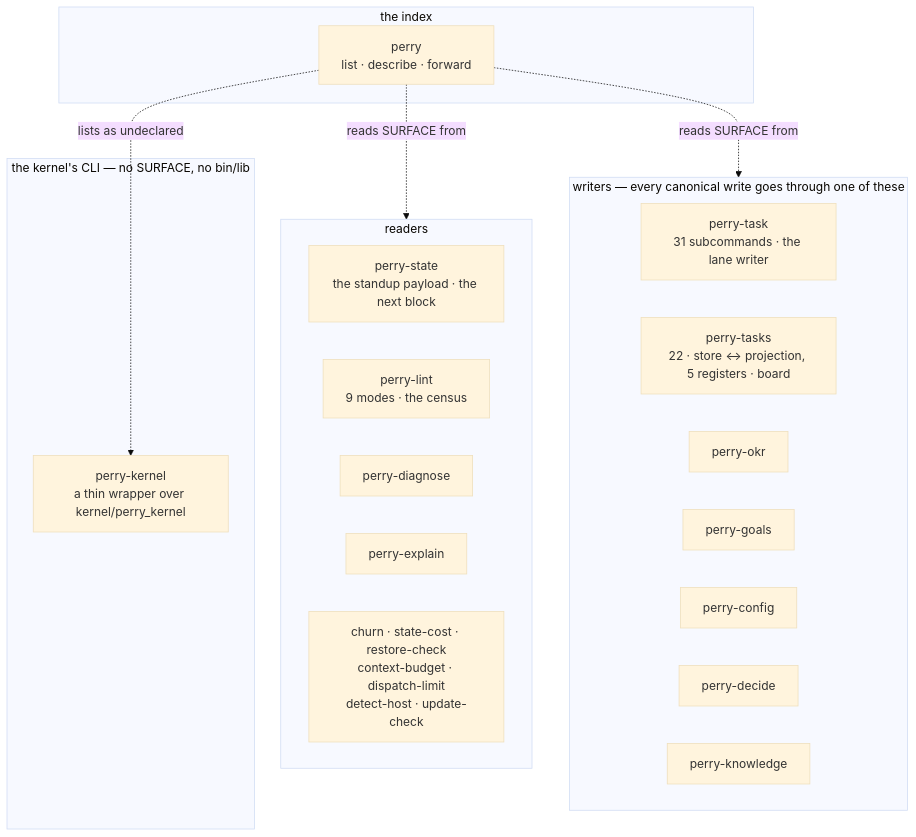
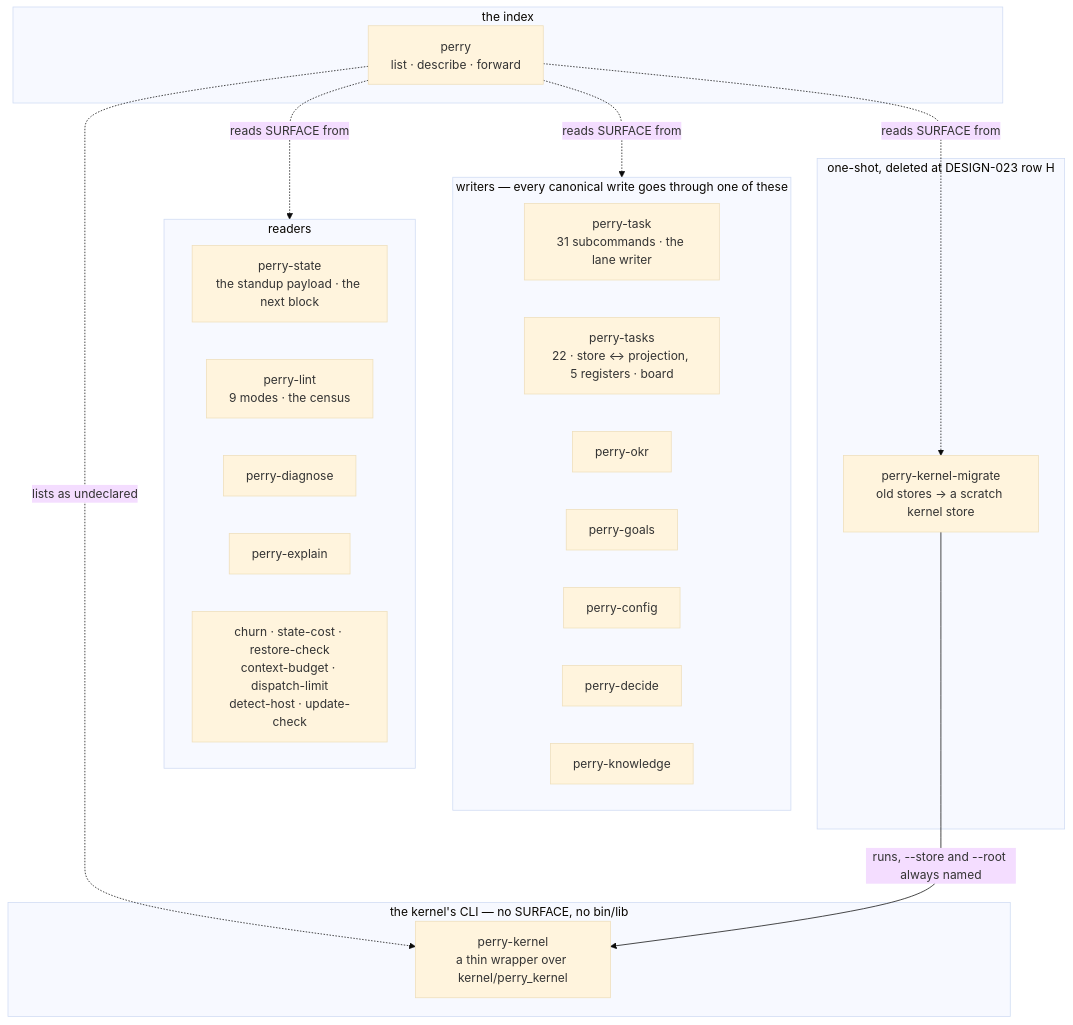
Before and after one commit to ranjiao/Perry: the first of 3 diagrams in bin/ARCHITECTURE.md, drawn with Mermaid (base theme). The commit also changed other lines of this file and 5 other files, not shown here.

First line of the commit message:
feat(bin): perry-kernel-migrate, DESIGN-023 row D's one-shot importer (TASK-489)

````diff
--- a/bin/ARCHITECTURE.md
+++ b/bin/ARCHITECTURE.md
@@ -29,28 +29,33 @@
 ```mermaid
 flowchart TD
     subgraph write["writers — every canonical write goes through one of these"]
         Task["perry-task<br/>31 subcommands · the lane writer"]
         Tasks["perry-tasks<br/>22 · store ↔ projection, 5 registers · board"]
         Okr["perry-okr"]
         Goals["perry-goals"]
         Config["perry-config"]
         Decide["perry-decide"]
         Know["perry-knowledge"]
     end
     subgraph read["readers"]
         State["perry-state<br/>the standup payload · the next block"]
         Lint["perry-lint<br/>9 modes · the census"]
         Diag["perry-diagnose"]
         Explain["perry-explain"]
         Others["churn · state-cost · restore-check<br/>context-budget · dispatch-limit<br/>detect-host · update-check"]
     end
     subgraph index["the index"]
         Perry["perry<br/>list · describe · forward"]
     end
     subgraph kernelcli["the kernel's CLI — no SURFACE, no bin/lib"]
         Kernel["perry-kernel<br/>a thin wrapper over kernel/perry_kernel"]
     end
+    subgraph migrate["one-shot, deleted at DESIGN-023 row H"]
+        Migrate["perry-kernel-migrate<br/>old stores → a scratch kernel store"]
+    end
     Perry -.reads SURFACE from.-> write
     Perry -.reads SURFACE from.-> read
+    Perry -.reads SURFACE from.-> Migrate
     Perry -.lists as undeclared.-> Kernel
+    Migrate -->|"runs, --store and --root always named"| Kernel
 ```
````
